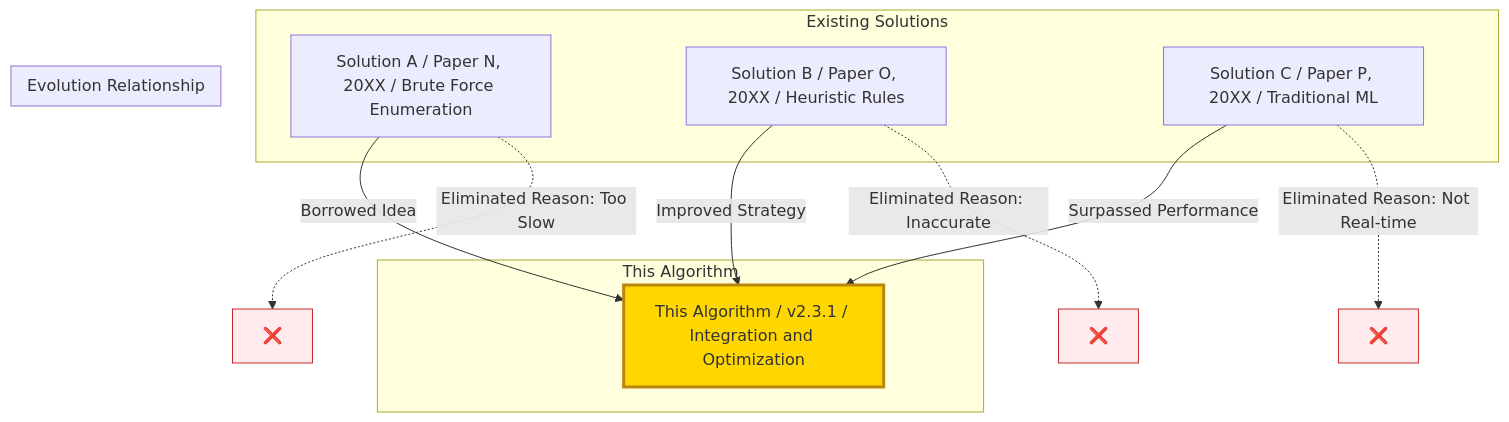
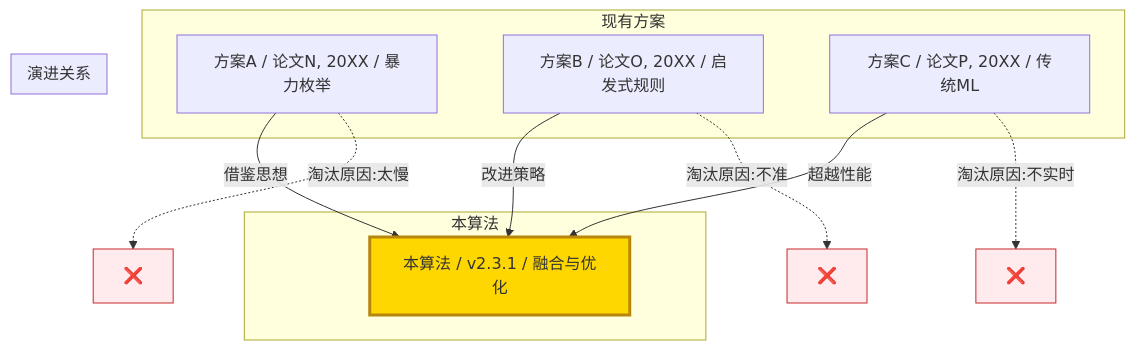
Before and after one commit to Kirky-X/cangjie: the third of 10 diagrams in templates/Product/Technology/Template-Algorithm.md, drawn with Mermaid. The commit also changed other lines of this file and 33 other files, not shown here.

````diff
--- a/templates/Product/Technology/Template-Algorithm.md
+++ b/templates/Product/Technology/Template-Algorithm.md
@@ -237,27 +237,27 @@
 ```mermaid
 graph TB
-    subgraph Existing Solutions
-        O1[Solution A / Paper N, 20XX / Brute Force Enumeration]
-        O2[Solution B / Paper O, 20XX / Heuristic Rules]
-        O3[Solution C / Paper P, 20XX / Traditional ML]
+    subgraph 现有方案
+        O1[方案A / 论文N, 20XX / 暴力枚举]
+        O2[方案B / 论文O, 20XX / 启发式规则]
+        O3[方案C / 论文P, 20XX / 传统ML]
     end
 
-    subgraph This Algorithm
-        NEW[This Algorithm / v2.3.1 / Integration and Optimization]
+    subgraph 本算法
+        NEW[本算法 / v2.3.1 / 融合与优化]
     end
 
-    subgraph Evolution Relationship
-        O1 -->|Borrowed Idea| NEW
-        O2 -->|Improved Strategy| NEW
-        O3 -->|Surpassed Performance| NEW
+    subgraph 演进关系
+        O1 -->|借鉴思想| NEW
+        O2 -->|改进策略| NEW
+        O3 -->|超越性能| NEW
     end
 
-    O1 -.->|Eliminated Reason: Too Slow| X1[❌]
-    O2 -.->|Eliminated Reason: Inaccurate| X2[❌]
-    O3 -.->|Eliminated Reason: Not Real-time| X3[❌]
+    O1 -.->|淘汰原因:太慢| X1[❌]
+    O2 -.->|淘汰原因:不准| X2[❌]
+    O3 -.->|淘汰原因:不实时| X3[❌]
 
     style NEW fill:#ffd700,stroke:#b8860b,stroke-width:3px
     style X1 fill:#ffebee,stroke:#c62828
     style X2 fill:#ffebee,stroke:#c62828
     style X3 fill:#ffebee,stroke:#c62828
 ```
````
